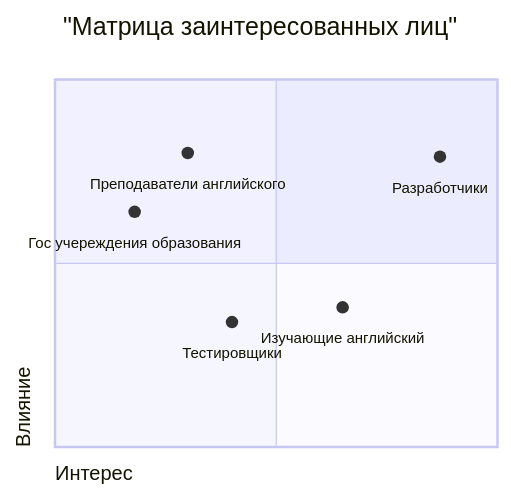
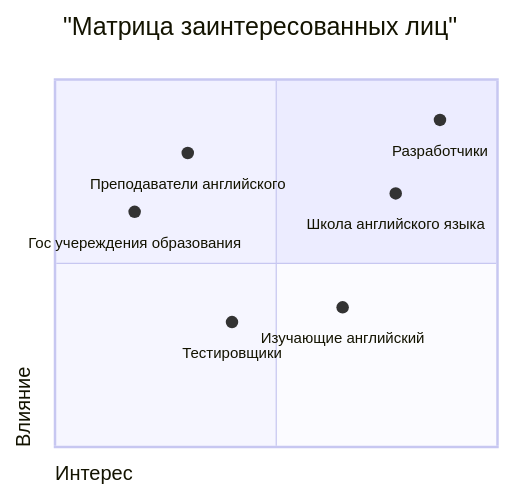
The diagram in README.md (Xryak-Git/project-practicum), drawn with Mermaid before and after one commit. The commit also changed other lines of this file, not shown here.

````diff
--- a/README.md
+++ b/README.md
@@ -1,12 +1,13 @@
 ```mermaid
 %%{init: {"quadrantChart": {"chartWidth": 400, "chartHeight": 400, "titlePadding": 20, "quadrantPadding": 10, "pointTextPadding": 20} }}%%
 quadrantChart
     title "Матрица заинтересованных лиц"
     x-axis "Интерес"
     y-axis "Влияние"
     "Преподаватели английского": [0.3, 0.8]
-    "Разработчики": [0.87, 0.79]
+    "Разработчики": [0.87, 0.89]
+    "Школа английского языка": [0.77, 0.69]
     "Гос учереждения образования": [0.18, 0.64]
     "Тестировщики": [0.40, 0.34]
     "Изучающие английский": [0.65, 0.38]
 ```
````
